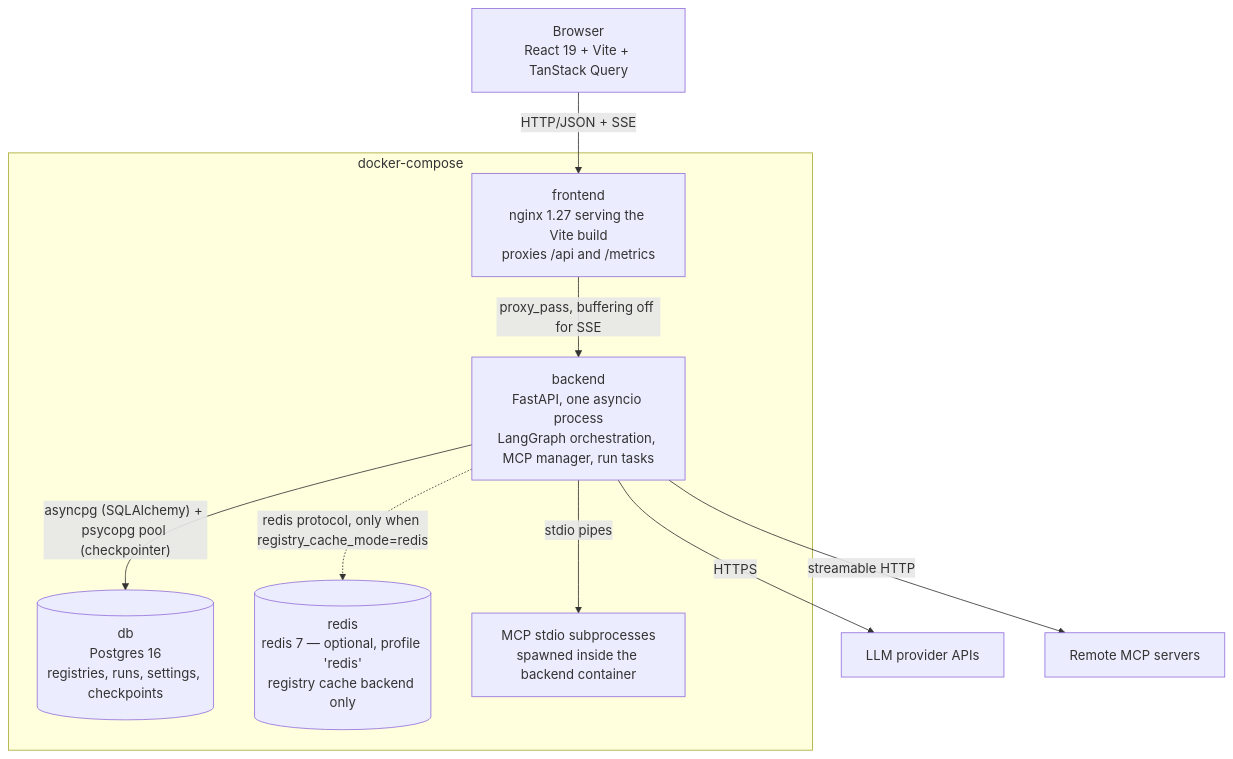
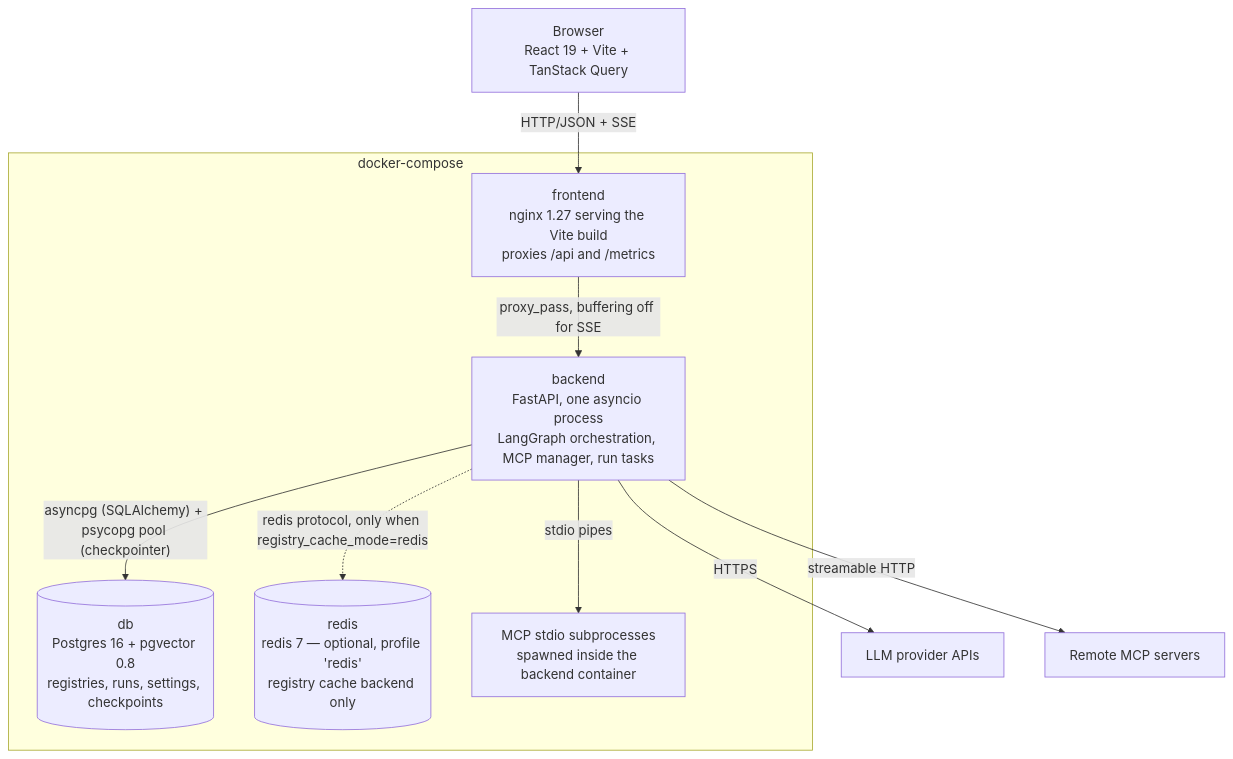
One commit to maheshyaddanapudi/concierge-agent changed the second of 5 diagrams in docs/architecture/overview.md. Above: the diagram before and after it, drawn with Mermaid. The commit also changed other lines of this file and 133 other files, not shown here.

````diff
--- a/docs/architecture/overview.md
+++ b/docs/architecture/overview.md
@@ -78,23 +80,23 @@
 ```mermaid
 graph TB
   browser["Browser<br>React 19 + Vite + TanStack Query"]
 
   subgraph compose["docker-compose"]
     frontend["frontend<br>nginx 1.27 serving the Vite build<br>proxies /api and /metrics"]
     backend["backend<br>FastAPI, one asyncio process<br>LangGraph orchestration, MCP manager, run tasks"]
-    db[("db<br>Postgres 16<br>registries, runs, settings, checkpoints")]
+    db[("db<br>Postgres 16 + pgvector 0.8<br>registries, runs, settings, checkpoints")]
     redis[("redis<br>redis 7 — optional, profile 'redis'<br>registry cache backend only")]
     mcp1["MCP stdio subprocesses<br>spawned inside the backend container"]
   end
 
   anthropic["LLM provider APIs"]
   mcphttp["Remote MCP servers"]
 
   browser -->|"HTTP/JSON + SSE"| frontend
   frontend -->|"proxy_pass, buffering off for SSE"| backend
   backend -->|"asyncpg (SQLAlchemy) + psycopg pool (checkpointer)"| db
   backend -.->|"redis protocol, only when registry_cache_mode=redis"| redis
   backend -->|"stdio pipes"| mcp1
   backend -->|"streamable HTTP"| mcphttp
   backend -->|"HTTPS"| anthropic
 ```
````
